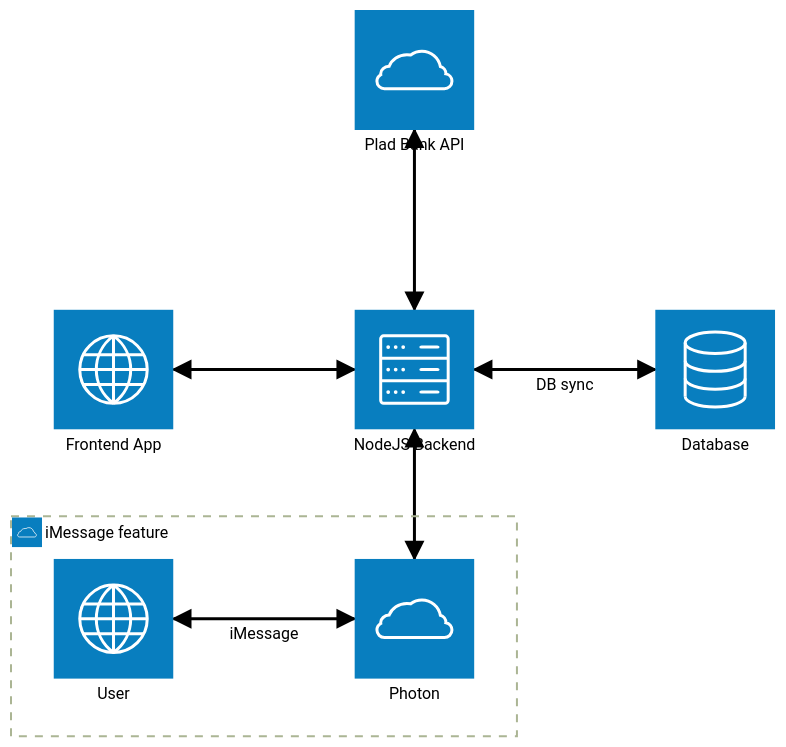
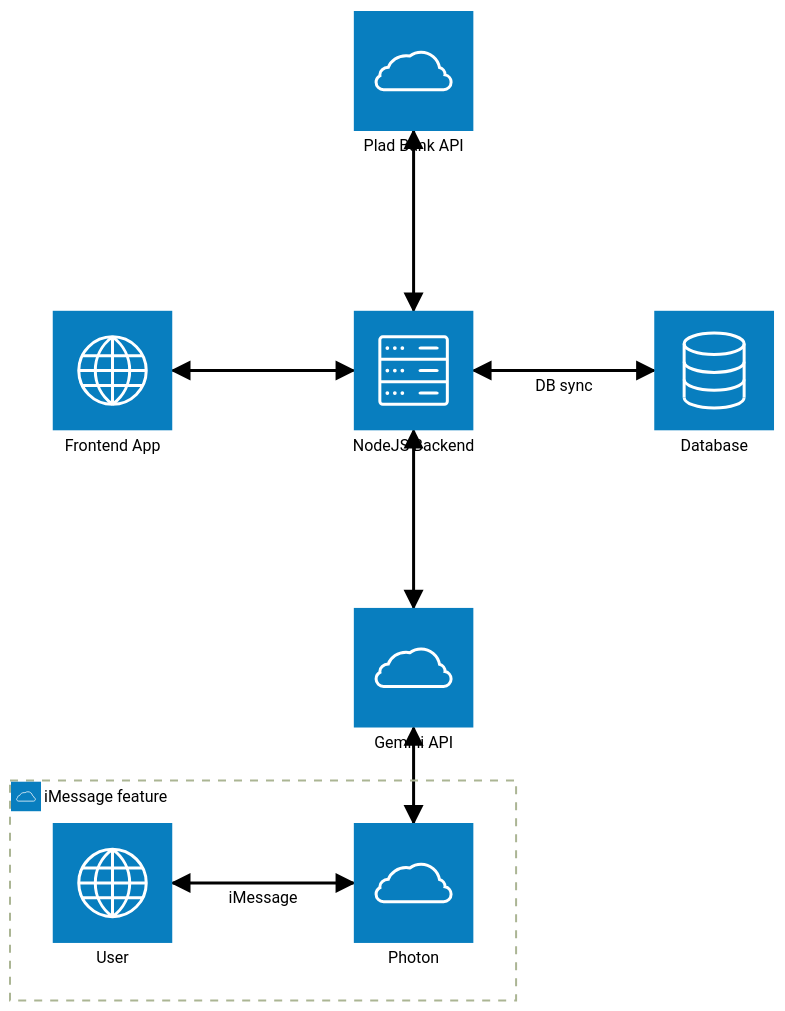
Before and after one commit to alexgomez1023/money_tracker: the diagram in docs/backend/system_design.md, drawn with Mermaid (forest theme). The commit also changed 19 other files, not shown here.

````diff
--- a/docs/backend/system_design.md
+++ b/docs/backend/system_design.md
@@ -3,24 +3,26 @@
 ```mermaid
 ---
 config:
   architecture:
     iconSize: 120
     fontSize: 14
 ---
 architecture-beta
     group imessage(cloud)[iMessage feature]
 
 
     service app(internet)[Frontend App]
     service backend(server)[NodeJS Backend]
+    service gemini(cloud)[Gemini API]
     service db(database)[Database]
     service photon(cloud)[Photon] in imessage
     service bankapi(cloud)[Plad Bank API]
     service user(internet)[User] in imessage
 
     app:R <--> L:backend
     backend:R <-[DB sync]-> L:db
-    backend:B <--> T:photon
+    backend:B <--> T:gemini
+    gemini:B <--> T:photon
     backend:T <--> B:bankapi
     photon:L <-[iMessage]-> R:user
 ```
````
